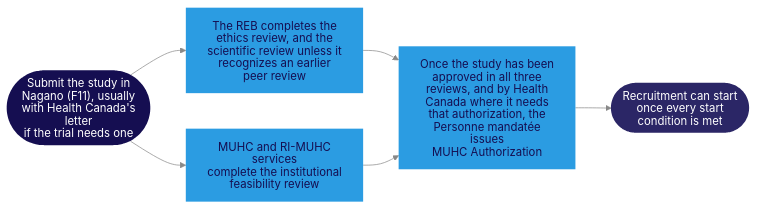
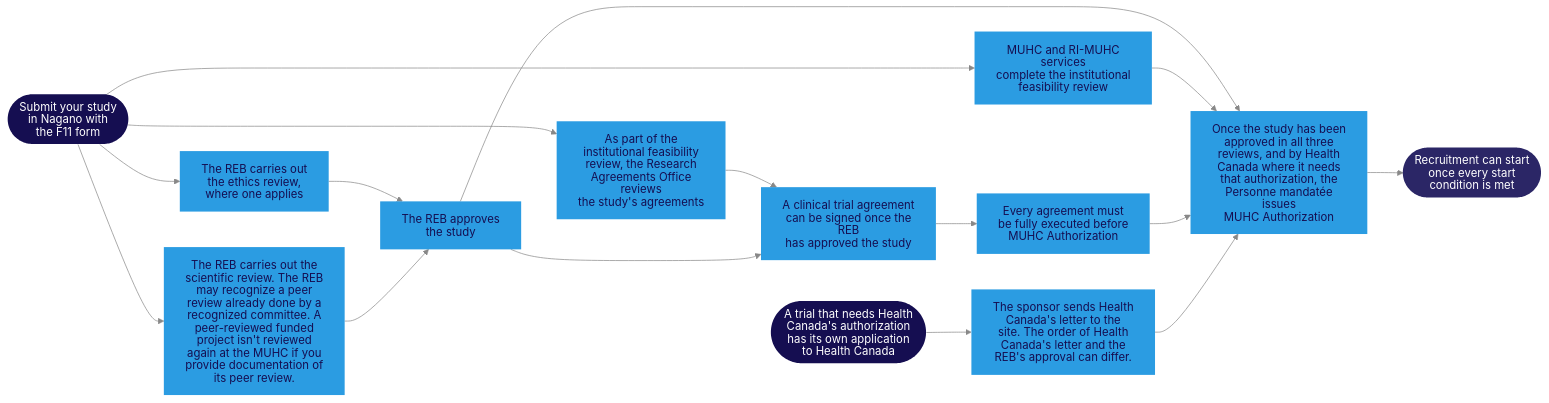
Before and after one commit to matthewfiorentino/docs: the diagram in images/diagrams/submission-reviews.mmd, drawn with Mermaid. The commit also changed 20 other files, not shown here.

First line of the commit message:
U01 1663: the approved diagrams (validity cycle, order of approvals, three redraws, two removals)

```diff
--- a/images/diagrams/submission-reviews.mmd
+++ b/images/diagrams/submission-reviews.mmd
@@ -1,14 +1,33 @@
 %%{init: {'theme':'base','htmlLabels':false,'flowchart':{'htmlLabels':false,'subGraphTitleMargin':{'top':14,'bottom':10}},'themeVariables':{'primaryColor':'#2b2666','primaryTextColor':'#ffffff','primaryBorderColor':'#2b2666','lineColor':'#888','edgeLabelBackground':'#ffffff','titleColor':'#150e51','fontFamily':'system-ui,sans-serif'}}}%%
 flowchart LR
-    A(["Submit the study in<br/>Nagano (F11), usually<br/>with Health Canada's letter<br/>if the trial needs one"]) --> R["The REB completes the<br/>ethics review, and the<br/>scientific review unless it<br/>recognizes an earlier<br/>peer review"]
+    A(["Submit your study<br/>in Nagano with<br/>the F11 form"]) --> RE["The REB carries out<br/>the ethics review,<br/>where one applies"]
+    A --> SC["The REB carries out the<br/>scientific review. The REB<br/>may recognize a peer<br/>review already done by a<br/>recognized committee. A<br/>peer-reviewed funded<br/>project isn't reviewed<br/>again at the MUHC if you<br/>provide documentation of<br/>its peer review."]
     A --> C["MUHC and RI-MUHC services<br/>complete the institutional<br/>feasibility review"]
-    R --> F["Once the study has been<br/>approved in all three<br/>reviews, and by Health<br/>Canada where it needs<br/>that authorization, the<br/>Personne mandatée issues<br/>MUHC Authorization"]
+    A --> AG["As part of the<br/>institutional feasibility<br/>review, the Research<br/>Agreements Office reviews<br/>the study's agreements"]
+    AG --> SG
+    RE --> RA["The REB approves<br/>the study"]
+    RA ~~~ AG
+    SC --> RA
+    RA --> SG["A clinical trial agreement<br/>can be signed once the REB<br/>has approved the study"]
+    SG --> EX
+    EX["Every agreement must<br/>be fully executed before<br/>MUHC Authorization"]
+    H(["A trial that needs Health<br/>Canada's authorization<br/>has its own application<br/>to Health Canada"]) --> HL["The sponsor sends Health<br/>Canada's letter to the<br/>site. The order of Health<br/>Canada's letter and the<br/>REB's approval can differ."]
+    RA --> F["Once the study has been<br/>approved in all three<br/>reviews, and by Health<br/>Canada where it needs<br/>that authorization, the<br/>Personne mandatée issues<br/>MUHC Authorization"]
     C --> F
+    EX --> F
+    HL --> F
     F --> G(["Recruitment can start<br/>once every start<br/>condition is met"])
 
     style A fill:#150e51,color:#fff,stroke:none
-    style R fill:#2b9ce2,color:#150e51,stroke:none
+    style H fill:#150e51,color:#fff,stroke:none
+    style RE fill:#2b9ce2,color:#150e51,stroke:none
+    style SC fill:#2b9ce2,color:#150e51,stroke:none
     style C fill:#2b9ce2,color:#150e51,stroke:none
+    style AG fill:#2b9ce2,color:#150e51,stroke:none
+    style RA fill:#2b9ce2,color:#150e51,stroke:none
+    style SG fill:#2b9ce2,color:#150e51,stroke:none
+    style EX fill:#2b9ce2,color:#150e51,stroke:none
+    style HL fill:#2b9ce2,color:#150e51,stroke:none
     style F fill:#2b9ce2,color:#150e51,stroke:none
     style G fill:#2b2666,color:#fff,stroke:none
     linkStyle default color:#150e51
```
